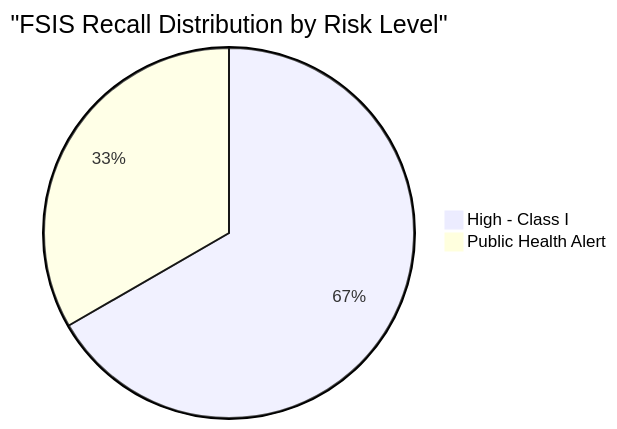
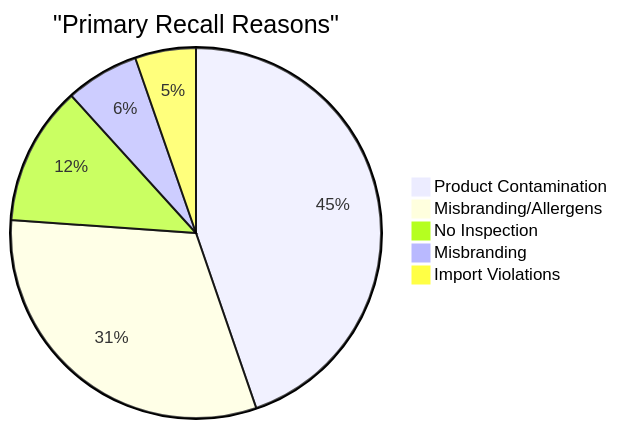
Before and after one commit to gsinghjay/data-dashboard: the seventh of 10 diagrams in README.md, drawn with Mermaid. The commit also changed other lines of this file and 1 other file, not shown here.

````diff
--- a/README.md
+++ b/README.md
@@ -174,6 +205,8 @@
 ```mermaid
-pie
-    title "FSIS Recall Distribution by Risk Level"
-    "High - Class I" : 4
-    "Public Health Alert" : 2
+pie title "Primary Recall Reasons"
+    "Product Contamination" : 530
+    "Misbranding/Allergens" : 372
+    "No Inspection" : 144
+    "Misbranding" : 76
+    "Import Violations" : 63
 ```
````
